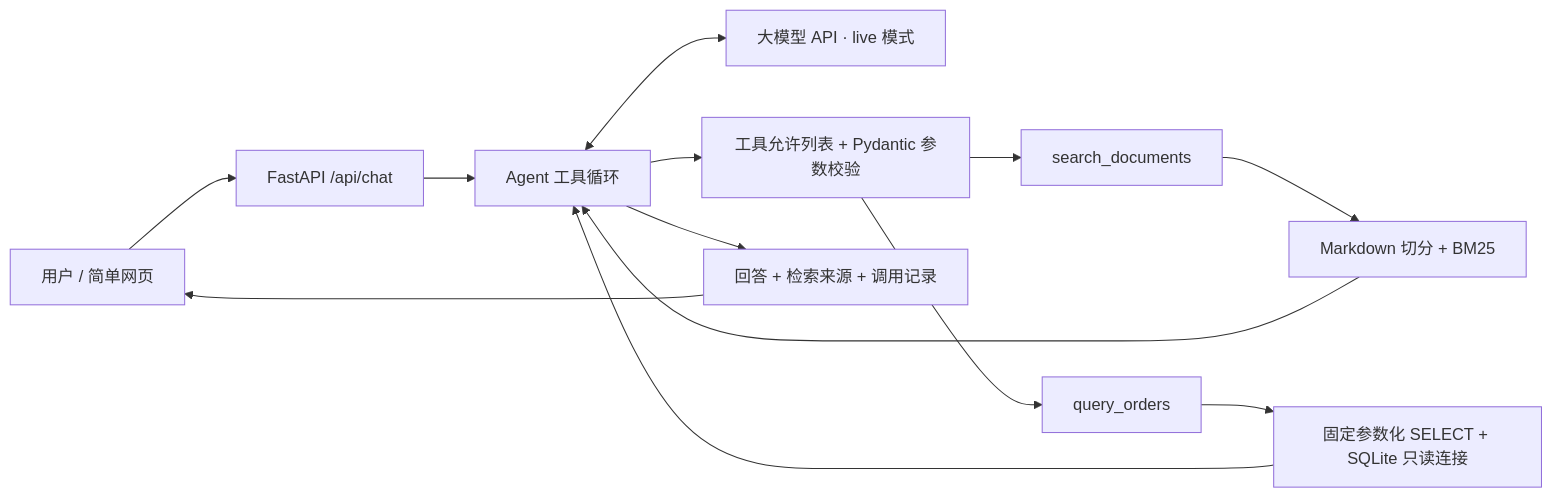
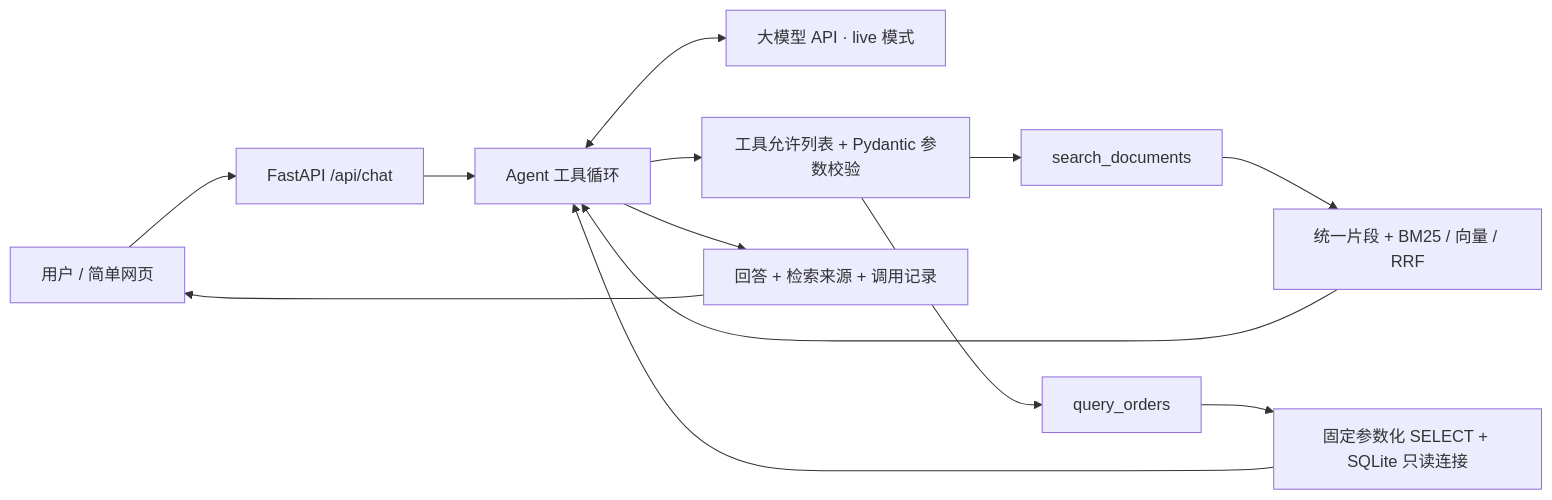
The diagram in README.md (Kerwinzs/Enterprise-Agent), drawn with Mermaid before and after one commit. The commit also changed other lines of this file and 7 other files, not shown here.

````diff
--- a/README.md
+++ b/README.md
@@ -38,15 +40,15 @@
 ```mermaid
 flowchart LR
     U[用户 / 简单网页] --> API[FastAPI /api/chat]
     API --> A[Agent 工具循环]
     A <--> L[大模型 API · live 模式]
     A --> V[工具允许列表 + Pydantic 参数校验]
     V --> R[search_documents]
     V --> Q[query_orders]
-    R --> D[Markdown 切分 + BM25]
+    R --> D[统一片段 + BM25 / 向量 / RRF]
     Q --> S[固定参数化 SELECT + SQLite 只读连接]
     D --> A
     S --> A
     A --> O[回答 + 检索来源 + 调用记录]
     O --> U
 ```
````
